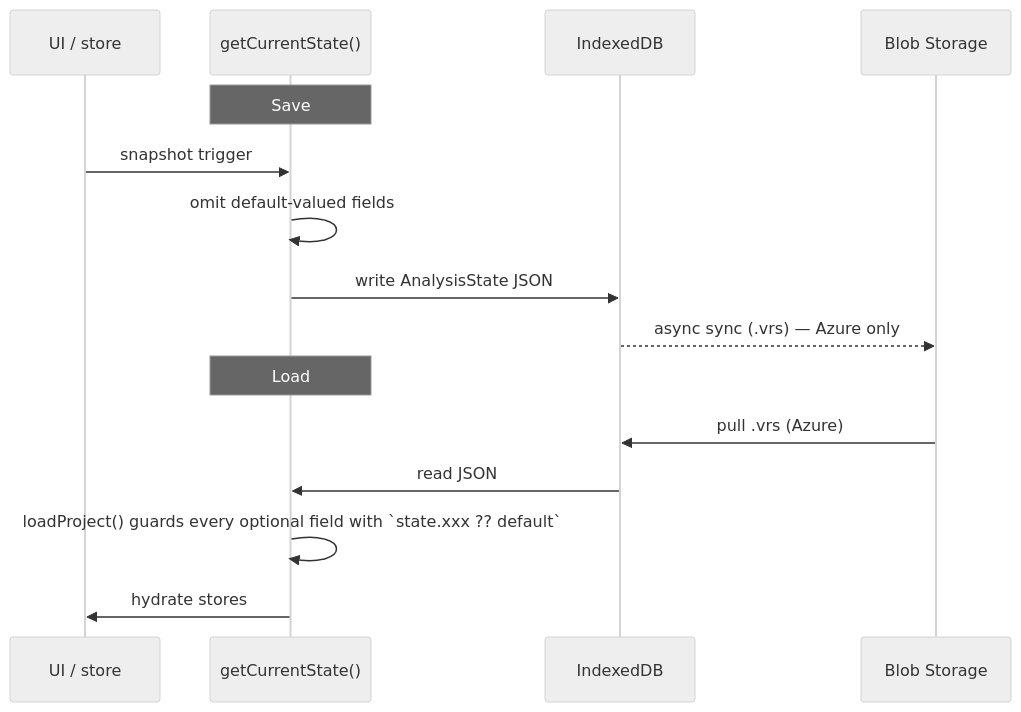
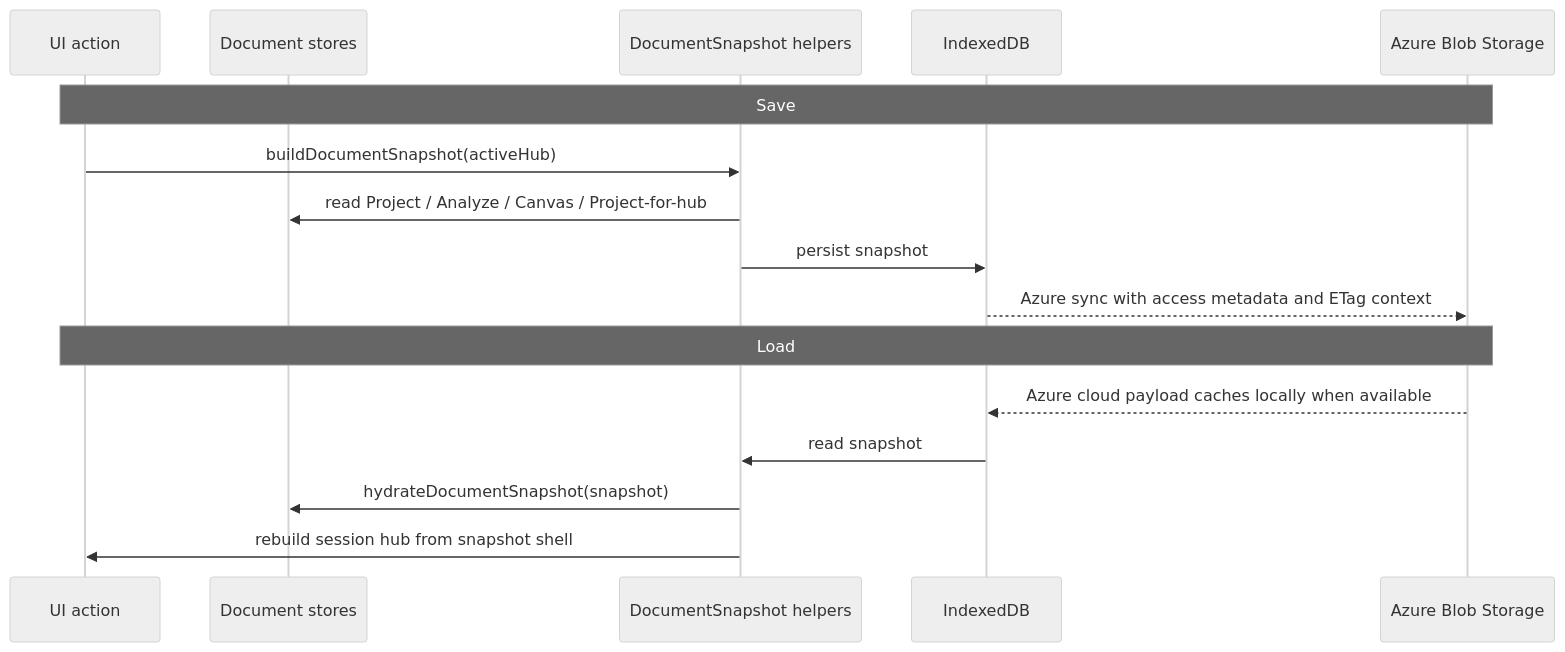
One commit to jukka-matti/variscout changed the diagram in docs/05-technical/persistence-engine.md. Above: the diagram before and after it, drawn with Mermaid (neutral theme). The commit also changed other lines of this file and 33 other files, not shown here.

Commit message:
Recalibrate refactoring roadmap docs

````diff
--- a/docs/05-technical/persistence-engine.md
+++ b/docs/05-technical/persistence-engine.md
@@ -112,19 +73,20 @@
 ```mermaid
 sequenceDiagram
-    participant UI as UI / store
-    participant State as getCurrentState()
+    participant UI as UI action
+    participant Stores as Document stores
+    participant Snapshot as DocumentSnapshot helpers
     participant IDB as IndexedDB
-    participant Blob as Blob Storage
+    participant Blob as Azure Blob Storage
 
-    Note over State: Save
-    UI->>State: snapshot trigger
-    State->>State: omit default-valued fields
-    State->>IDB: write AnalysisState JSON
-    IDB-->>Blob: async sync (.vrs) — Azure only
+    Note over UI,Blob: Save
+    UI->>Snapshot: buildDocumentSnapshot(activeHub)
+    Snapshot->>Stores: read Project / Analyze / Canvas / Project-for-hub
+    Snapshot->>IDB: persist snapshot
+    IDB-->>Blob: Azure sync with access metadata and ETag context
 
-    Note over State: Load
-    Blob->>IDB: pull .vrs (Azure)
-    IDB->>State: read JSON
-    State->>State: loadProject() guards every optional field with `state.xxx ?? default`
-    State->>UI: hydrate stores
+    Note over UI,Blob: Load
+    Blob-->>IDB: Azure cloud payload caches locally when available
+    IDB->>Snapshot: read snapshot
+    Snapshot->>Stores: hydrateDocumentSnapshot(snapshot)
+    Snapshot->>UI: rebuild session hub from snapshot shell
 ```
````
